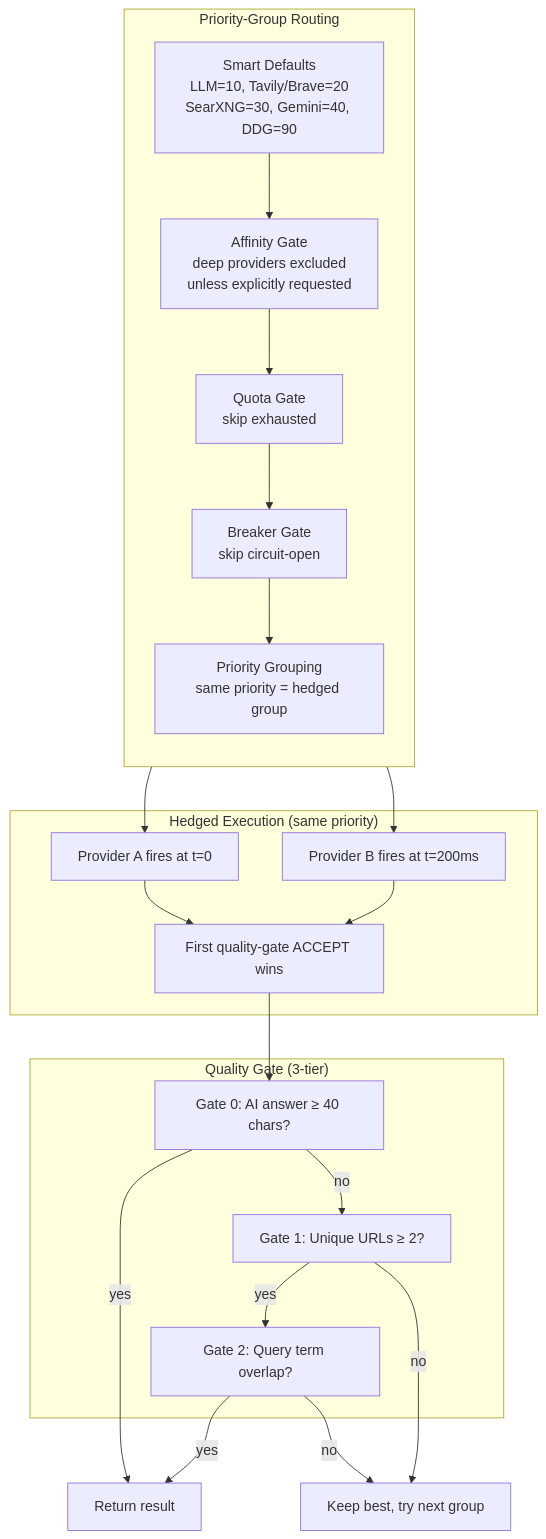
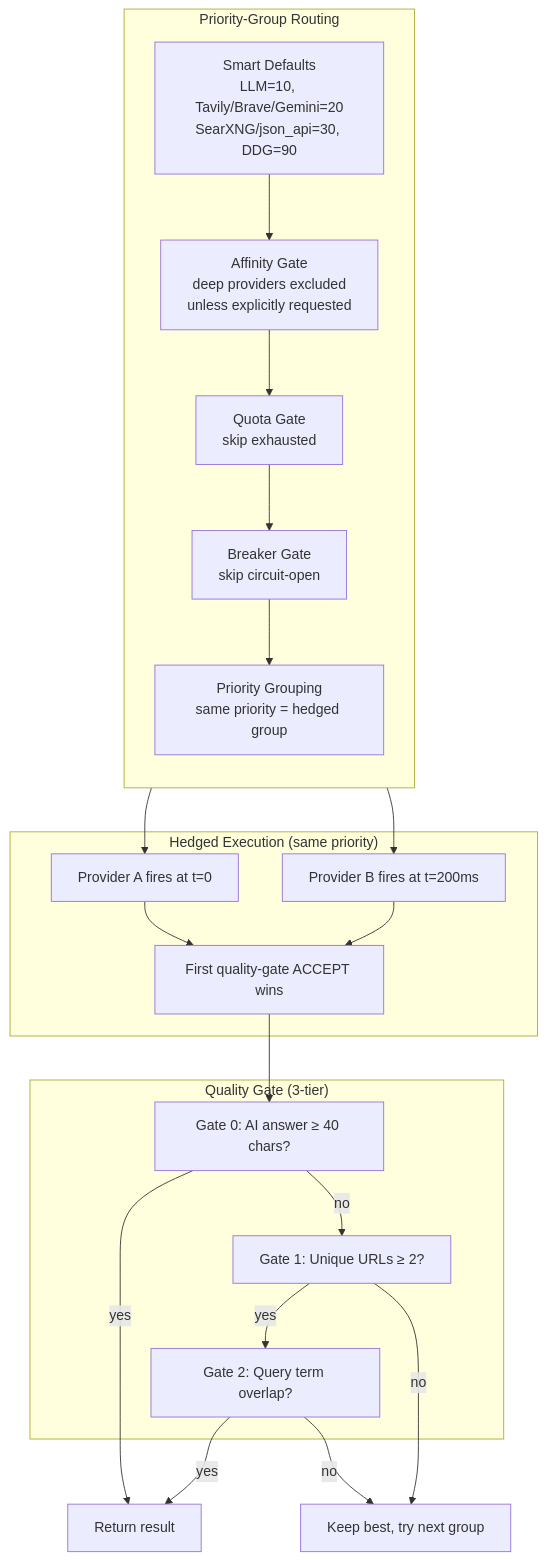
Before and after one commit to Tannnnhauser/pivot-web-search: the fourth of 5 diagrams in ARCHITECTURE.md, drawn with Mermaid. The commit also changed 7 other files, not shown here.

````diff
--- a/ARCHITECTURE.md
+++ b/ARCHITECTURE.md
@@ -162,36 +162,36 @@
 ```mermaid
 graph TB
     subgraph "Priority-Group Routing"
         direction TB
-        SG[Smart Defaults<br/>LLM=10, Tavily/Brave=20<br/>SearXNG=30, Gemini=40, DDG=90]
+        SG[Smart Defaults<br/>LLM=10, Tavily/Brave/Gemini=20<br/>SearXNG/json_api=30, DDG=90]
         AG[Affinity Gate<br/>deep providers excluded<br/>unless explicitly requested]
         QG[Quota Gate<br/>skip exhausted]
         BG[Breaker Gate<br/>skip circuit-open]
         PG[Priority Grouping<br/>same priority = hedged group]
     end
 
     subgraph "Hedged Execution (same priority)"
         H1[Provider A fires at t=0]
         H2[Provider B fires at t=200ms]
         H3[First quality-gate ACCEPT wins]
     end
 
     subgraph "Quality Gate (3-tier)"
         G0[Gate 0: AI answer ≥ 40 chars?]
         G1[Gate 1: Unique URLs ≥ 2?]
         G2[Gate 2: Query term overlap?]
     end
 
     SG --> AG --> QG --> BG --> PG
     PG --> H1
     PG --> H2
     H1 --> H3
     H2 --> H3
     H3 --> G0
     G0 -->|yes| ACCEPT[Return result]
     G0 -->|no| G1
     G1 -->|yes| G2
     G1 -->|no| PARTIAL[Keep best, try next group]
     G2 -->|yes| ACCEPT
     G2 -->|no| PARTIAL
 ```
````
